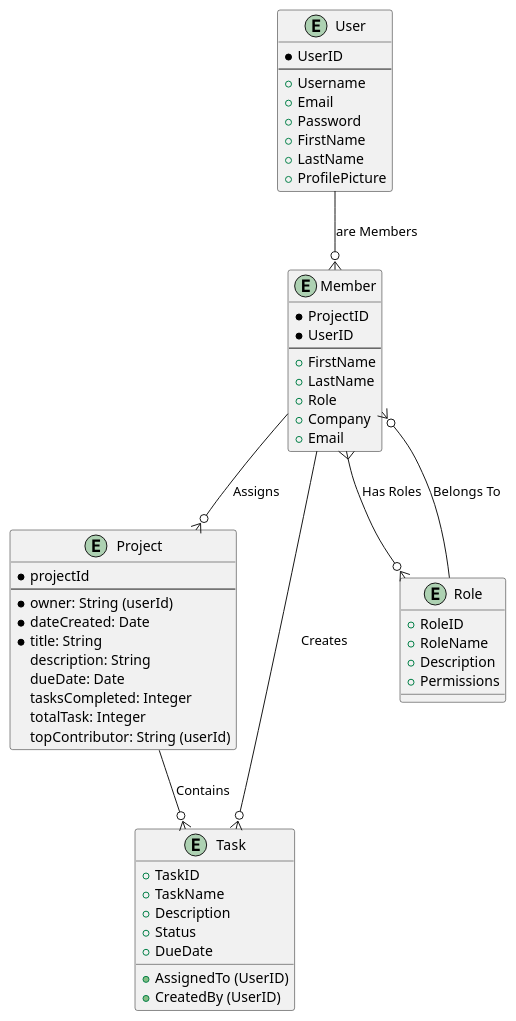
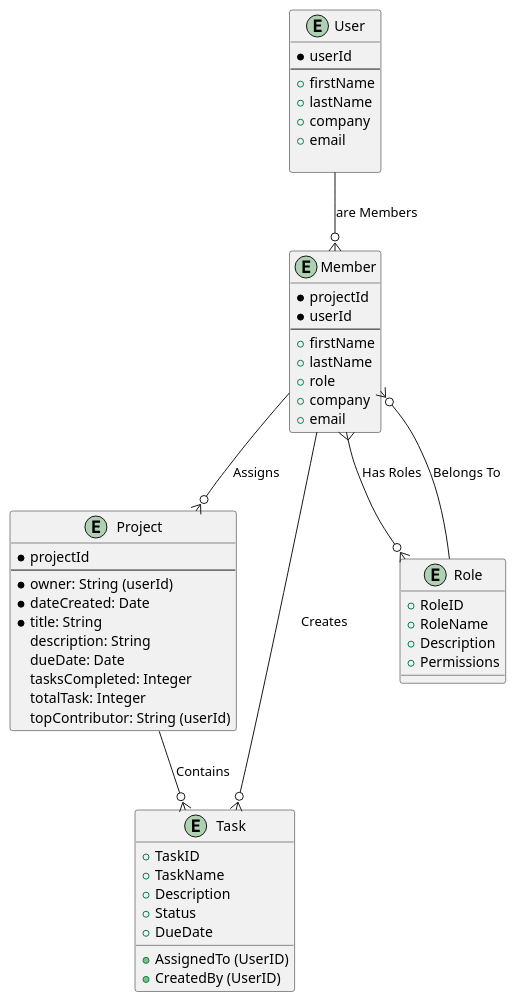
One commit to gabeguio/project-buddy changed the diagram in Diagramming/project-management-system_erd.puml. Above: the diagram before and after it, drawn with PlantUML. The commit also changed 11 other files, not shown here.

```diff
--- a/Diagramming/project-management-system_erd.puml
+++ b/Diagramming/project-management-system_erd.puml
@@ -1,62 +1,61 @@
 @startuml
 
 entity User as "User" {
-  *UserID
+  *userId
   ---
-  +Username
-  +Email
-  +Password
-  +FirstName
-  +LastName
-  +ProfilePicture
+  +firstName
+  +lastName
+  +company
+  +email
+
 }
 
 entity Project as "Project" {
   *projectId
   ---
   *owner: String (userId)
   *dateCreated: Date
   *title: String
   description: String
   dueDate: Date
   tasksCompleted: Integer
   totalTask: Integer
   topContributor: String (userId)
 }
 
 entity Member as "Member" {
-  *ProjectID
-  *UserID
+  *projectId
+  *userId
   ---
-  +FirstName
-  +LastName
-  +Role
-  +Company
-  +Email
+  +firstName
+  +lastName
+  +role
+  +company
+  +email
 }
 
 entity Task as "Task" {
   +TaskID
   +TaskName
   +Description
   +Status
   +DueDate
   +AssignedTo (UserID)
   +CreatedBy (UserID)
 }
 
 entity Role as "Role" {
   +RoleID
   +RoleName
   +Description
   +Permissions
 }
 
 Member --o{ Project : Assigns
 Member --o{ Task : Creates
 Project --o{ Task : Contains
 Member }--o{ Role : Has Roles
 Role --o{ Member : Belongs To
 User --o{ Member : are Members
 
 @enduml
```
